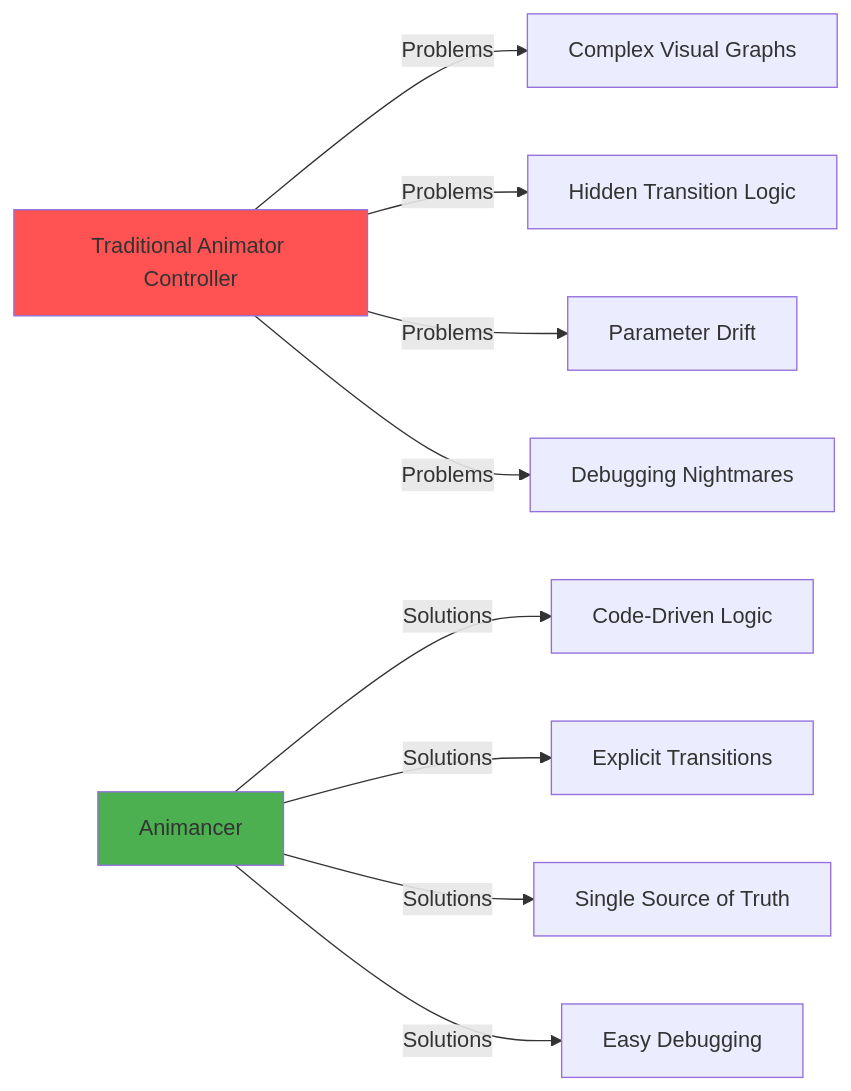
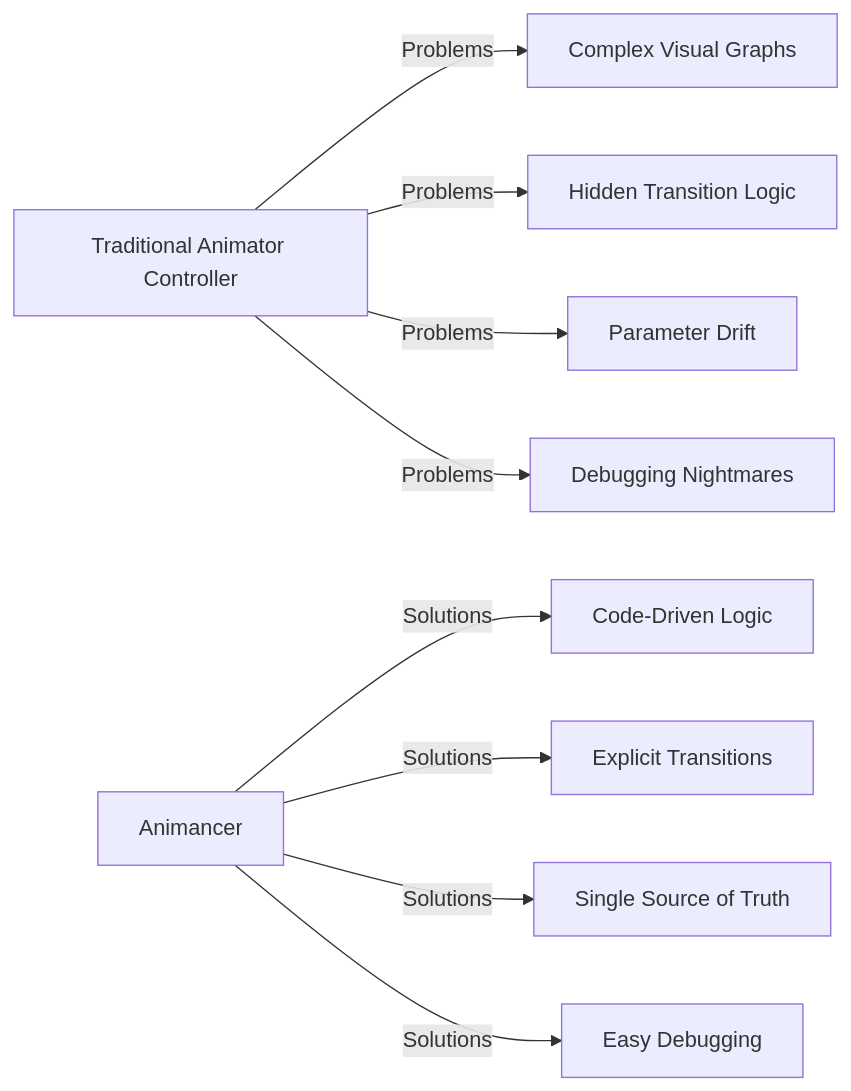
One commit to wallstop/unity-tips changed the diagram in docs/animancer/01-getting-started.md. Above: the diagram before and after it, drawn with Mermaid. The commit also changed 27 other files, not shown here.

Commit message:
Convert ASCII diagrams to Mermaid format (#30)

````diff
--- a/docs/animancer/01-getting-started.md
+++ b/docs/animancer/01-getting-started.md
@@ -17,15 +17,13 @@
 ```mermaid
 graph LR
     A[Traditional Animator Controller] -->|Problems| B[Complex Visual Graphs]
     A -->|Problems| C[Hidden Transition Logic]
     A -->|Problems| D[Parameter Drift]
     A -->|Problems| E[Debugging Nightmares]
 
     F[Animancer] -->|Solutions| G[Code-Driven Logic]
     F -->|Solutions| H[Explicit Transitions]
     F -->|Solutions| I[Single Source of Truth]
     F -->|Solutions| J[Easy Debugging]
 
-    style F fill:#4CAF50
-    style A fill:#FF5252
 ```
````
